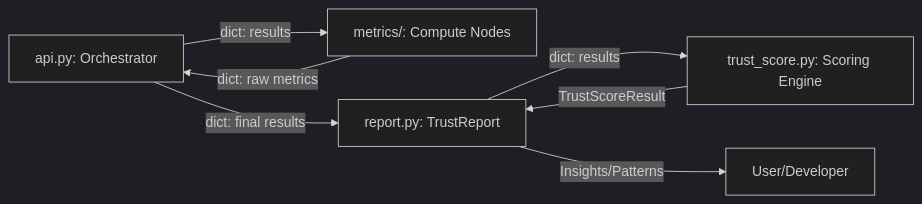
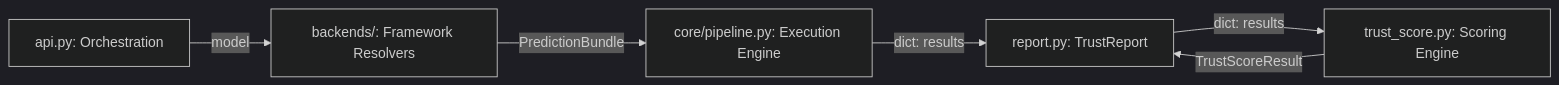
The second of 3 diagrams in docs/architecture.md (Khanz9664/TrustLens), drawn with Mermaid (dark theme) before and after one commit. The commit also changed other lines of this file and 23 other files, not shown here.

First line of the commit message:
Major Refactor: Framework-Agnostic Prediction Resolver Architecture + XGBoost Support (#90)

````diff
--- a/docs/architecture.md
+++ b/docs/architecture.md
@@ -45,9 +53,8 @@
 ```mermaid
 graph LR
-    API["api.py: Orchestrator"] -- "dict: results" --> Metrics["metrics/: Compute Nodes"]
-    Metrics -- "dict: raw metrics" --> API
-    API -- "dict: final results" --> Report["report.py: TrustReport"]
+    API["api.py: Orchestration"] -- "model" --> Backends["backends/: Framework Resolvers"]
+    Backends -- "PredictionBundle" --> Pipeline["core/pipeline.py: Execution Engine"]
+    Pipeline -- "dict: results" --> Report["report.py: TrustReport"]
     Report -- "dict: results" --> Score["trust_score.py: Scoring Engine"]
     Score -- "TrustScoreResult" --> Report
-    Report -- "Insights/Patterns" --> User[User/Developer]
 ```
````
